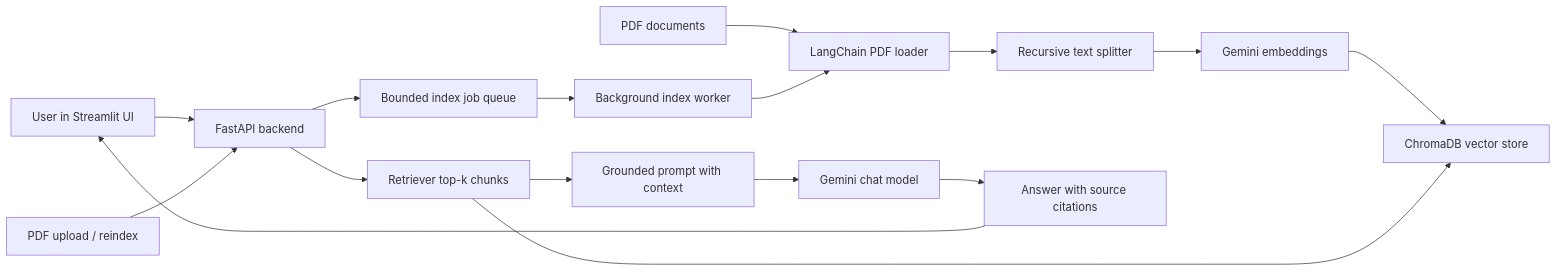
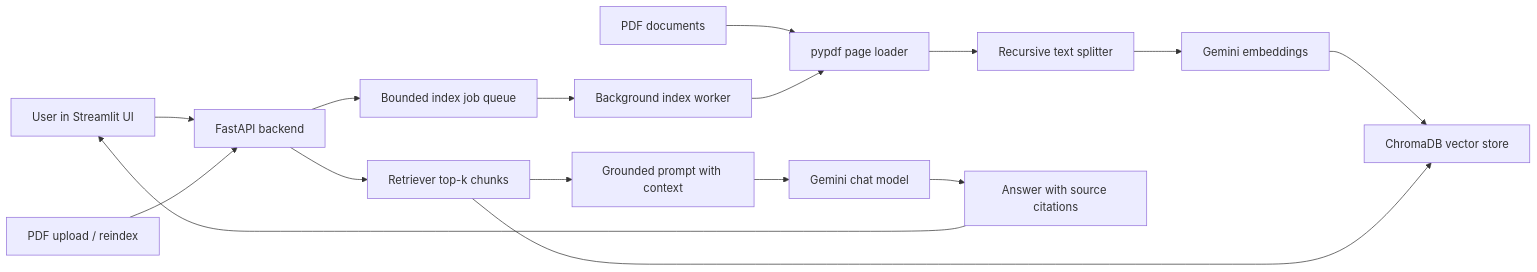
Before and after one commit to idevelopAI/genai-knowledge-base: the diagram in README.md, drawn with Mermaid. The commit also changed other lines of this file and 5 other files, not shown here.

````diff
--- a/README.md
+++ b/README.md
@@ -25,20 +26,20 @@
 ```mermaid
 flowchart LR
-    PDFs["PDF documents"] --> Loader["LangChain PDF loader"]
+    PDFs["PDF documents"] --> Loader["pypdf page loader"]
     Loader --> Splitter["Recursive text splitter"]
     Splitter --> Embeddings["Gemini embeddings"]
     Embeddings --> Chroma["ChromaDB vector store"]
 
     User["User in Streamlit UI"] --> API["FastAPI backend"]
     API --> Retriever["Retriever top-k chunks"]
     Retriever --> Chroma
     Retriever --> Prompt["Grounded prompt with context"]
     Prompt --> LLM["Gemini chat model"]
     LLM --> Answer["Answer with source citations"]
     Answer --> User
 
     Upload["PDF upload / reindex"] --> API
     API --> Jobs["Bounded index job queue"]
     Jobs --> Worker["Background index worker"]
     Worker --> Loader
 ```
````
